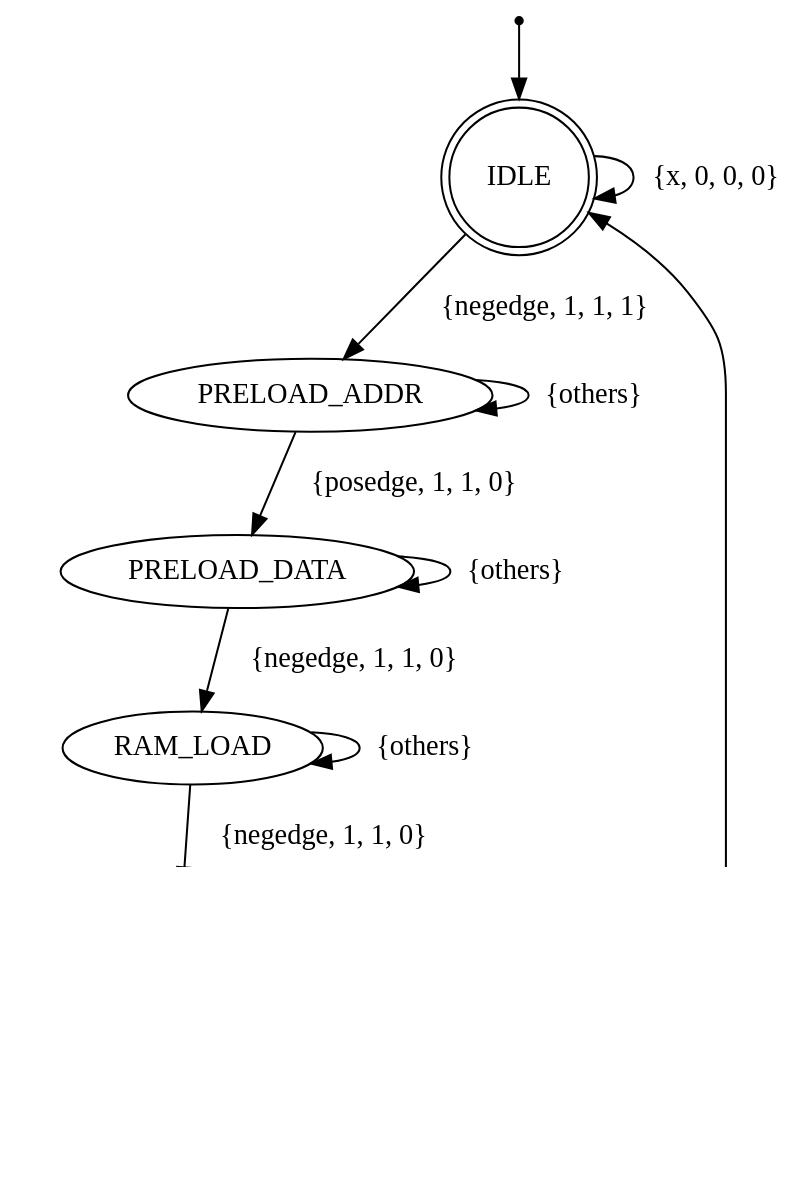
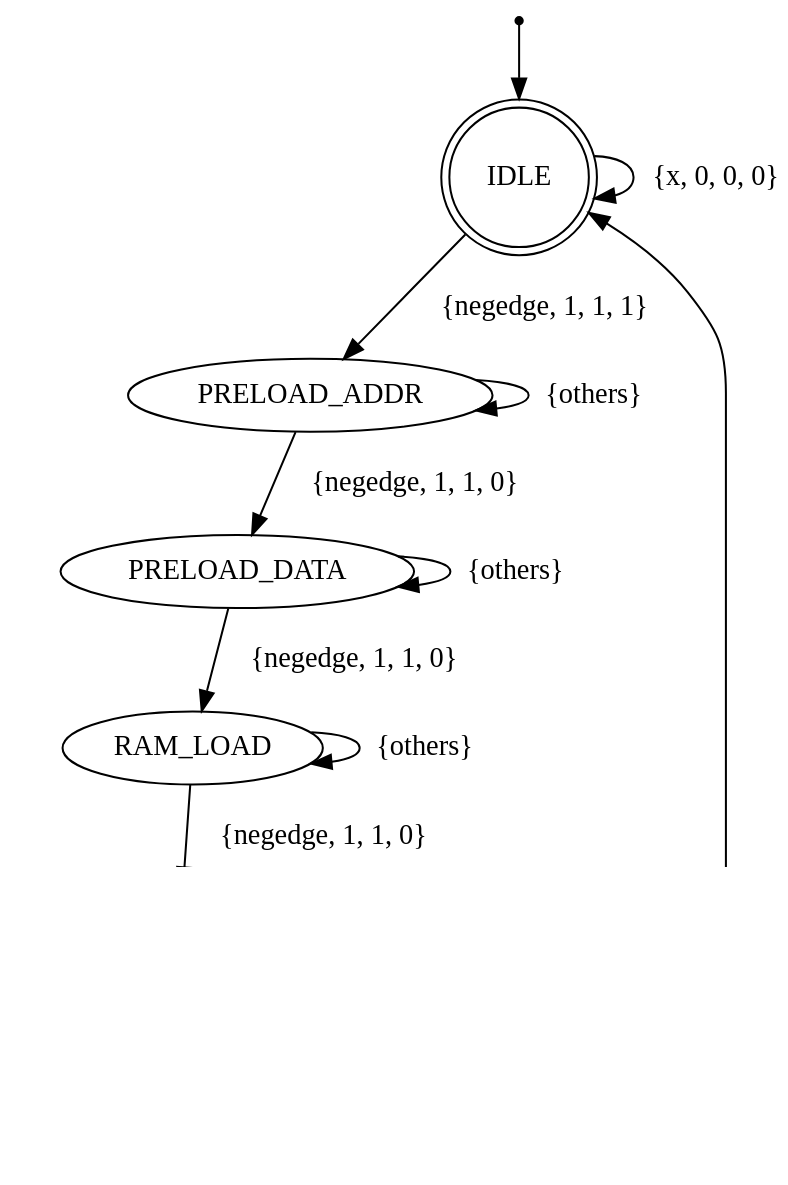
One commit to tsengs0/InformationBottleneck_RTL_Generator changed the diagram in 204.33.486/RTL/IB_LUT/Progress/FSM_ROM_RAM_Ctrl/cnu6ib_ctrl_unit.gv. Above: the diagram before and after it, drawn with Graphviz. The commit also changed 6 other files, not shown here.

```diff
--- a/204.33.486/RTL/IB_LUT/Progress/FSM_ROM_RAM_Ctrl/cnu6ib_ctrl_unit.gv
+++ b/204.33.486/RTL/IB_LUT/Progress/FSM_ROM_RAM_Ctrl/cnu6ib_ctrl_unit.gv
@@ -1,27 +1,27 @@
 digraph finite_state_machine {
     graph [ dpi = 100 ];
     rankdir=TB;
     size="5,7"
 
     node [shape = doublecircle]; IDLE;
     node [shape = point ]; qi
 
     node [shape = ellipse];
     qi -> IDLE;
     IDLE -> PRELOAD_ADDR [ label = "{negedge, 1, 1, 1}" ];
     IDLE -> IDLE [ label = "{x, 0, 0, 0}" ];
 
-    PRELOAD_ADDR -> PRELOAD_DATA [ label = "{posedge, 1, 1, 0}" ];
+    PRELOAD_ADDR -> PRELOAD_DATA [ label = "{negedge, 1, 1, 0}" ];
     PRELOAD_ADDR -> PRELOAD_ADDR [ label = "{others}" ]    
 
     PRELOAD_DATA -> RAM_LOAD [ label = "{negedge, 1, 1, 0}" ];
     PRELOAD_DATA -> PRELOAD_DATA [ label = "{others}" ];
 
     RAM_LOAD -> BATCH_WRITE [ label = "{negedge, 1, 1, 0}" ];
     RAM_LOAD -> RAM_LOAD [ label = "{others}" ];
 
-    BATCH_WRITE -> FINISH [ label = "sys_clk.posedge \n and \n (iter_rqst=0 or iter_termination=1 )" ];
+    BATCH_WRITE -> FINISH [ label = "sys_clk.negedge \n and \n (iter_rqst=0 or iter_termination=1 )" ];
     BATCH_WRITE -> BATCH_WRITE [ label = "{negedge, 1, 1, 0}" ];
 
     FINISH -> IDLE;
 }
```
